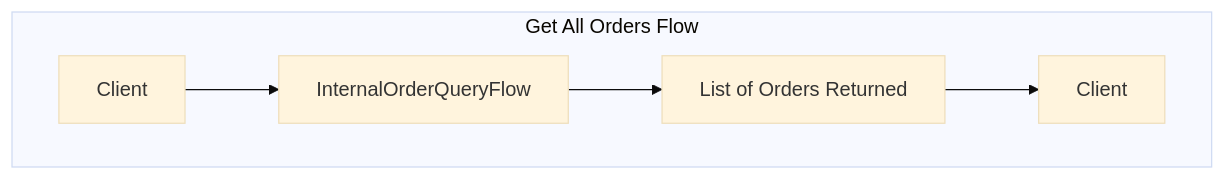
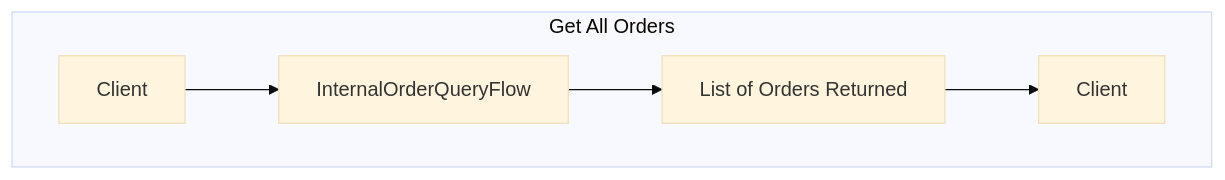
One commit to ahmedelsherif-osama/publisher-erp changed the fourth of 8 diagrams in src/docs/orderflow.md. Above: the diagram before and after it, drawn with Mermaid (base theme). The commit also changed other lines of this file and 1 other file, not shown here.

Commit message:
docs: simplify auth and order flow diagrams by removing "Flow" from graph titles

````diff
--- a/src/docs/orderflow.md
+++ b/src/docs/orderflow.md
@@ -34,8 +34,8 @@
 ```mermaid
    graph TD;
-    subgraph "Get All Orders Flow"
+    subgraph "Get All Orders"
         A[Client] --> B[InternalOrderQueryFlow]
         B --> C[List of Orders Returned]
         C --> D[Client]
     end
 ```
````
